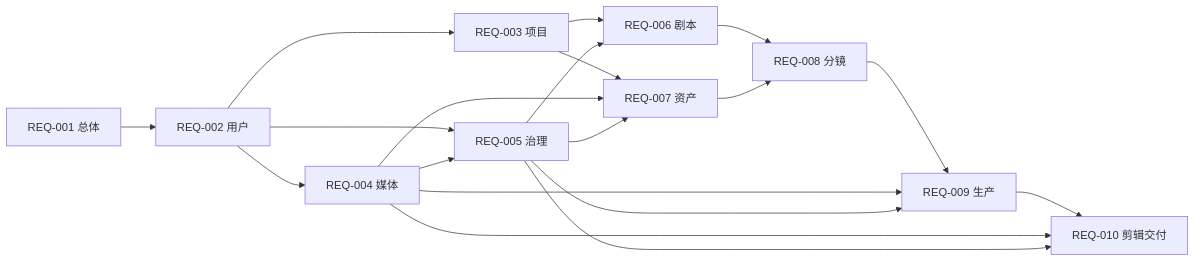
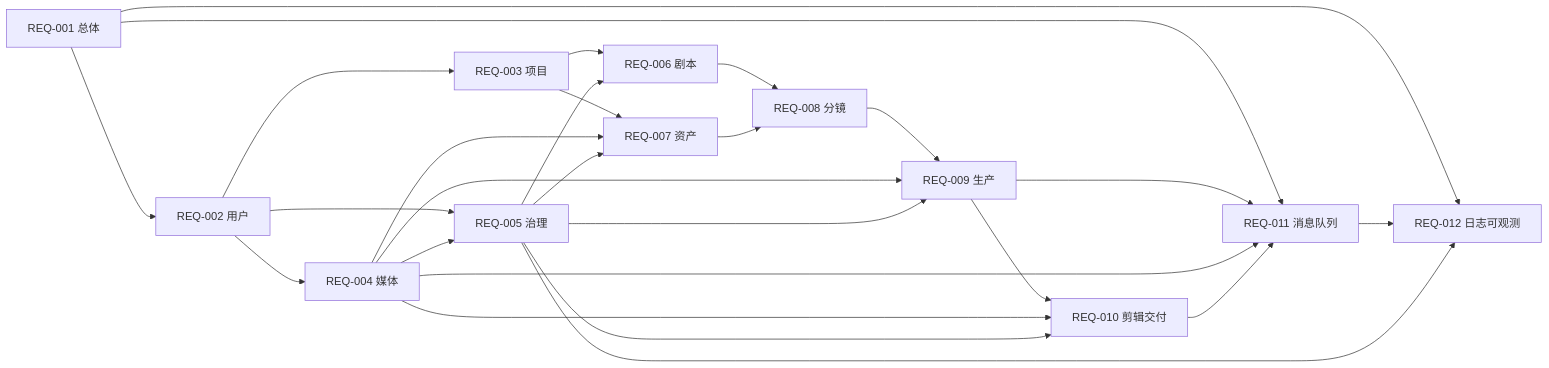
The diagram in docs/requirement/需求索引.md (StephenQiu30/lanverse), drawn with Mermaid before and after one commit. The commit also changed other lines of this file and 9 other files, not shown here.

````diff
--- a/docs/requirement/需求索引.md
+++ b/docs/requirement/需求索引.md
@@ -26,17 +28,24 @@
 ```mermaid
 flowchart LR
     O[REQ-001 总体] --> I[REQ-002 用户]
     I --> P[REQ-003 项目] & M[REQ-004 媒体] & G[REQ-005 治理]
     M --> G
     P --> S[REQ-006 剧本] & A[REQ-007 资产]
     M --> A
     G --> S & A
     S --> B[REQ-008 分镜]
     A --> B
     B --> R[REQ-009 生产]
     M --> R
     G --> R
     R --> E[REQ-010 剪辑交付]
     M --> E
     G --> E
+    O --> Q
+    R --> Q[REQ-011 消息队列]
+    M --> Q
+    E --> Q
+    O --> L
+    Q --> L[REQ-012 日志可观测]
+    G --> L
 ```
````
